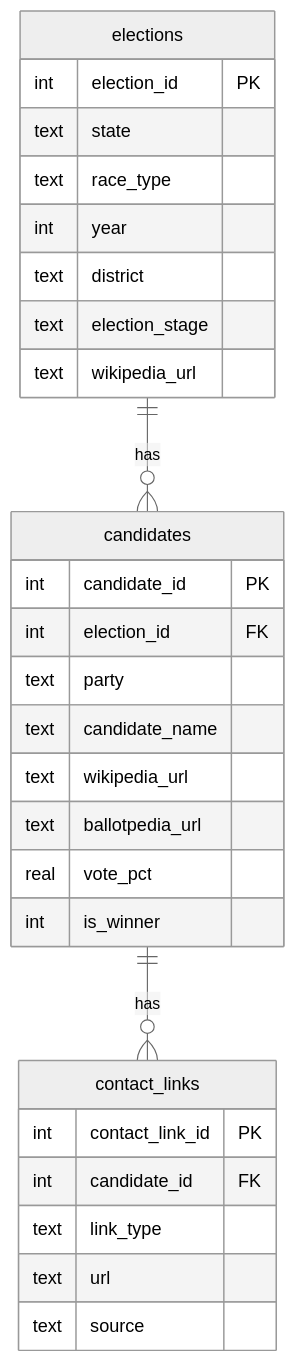
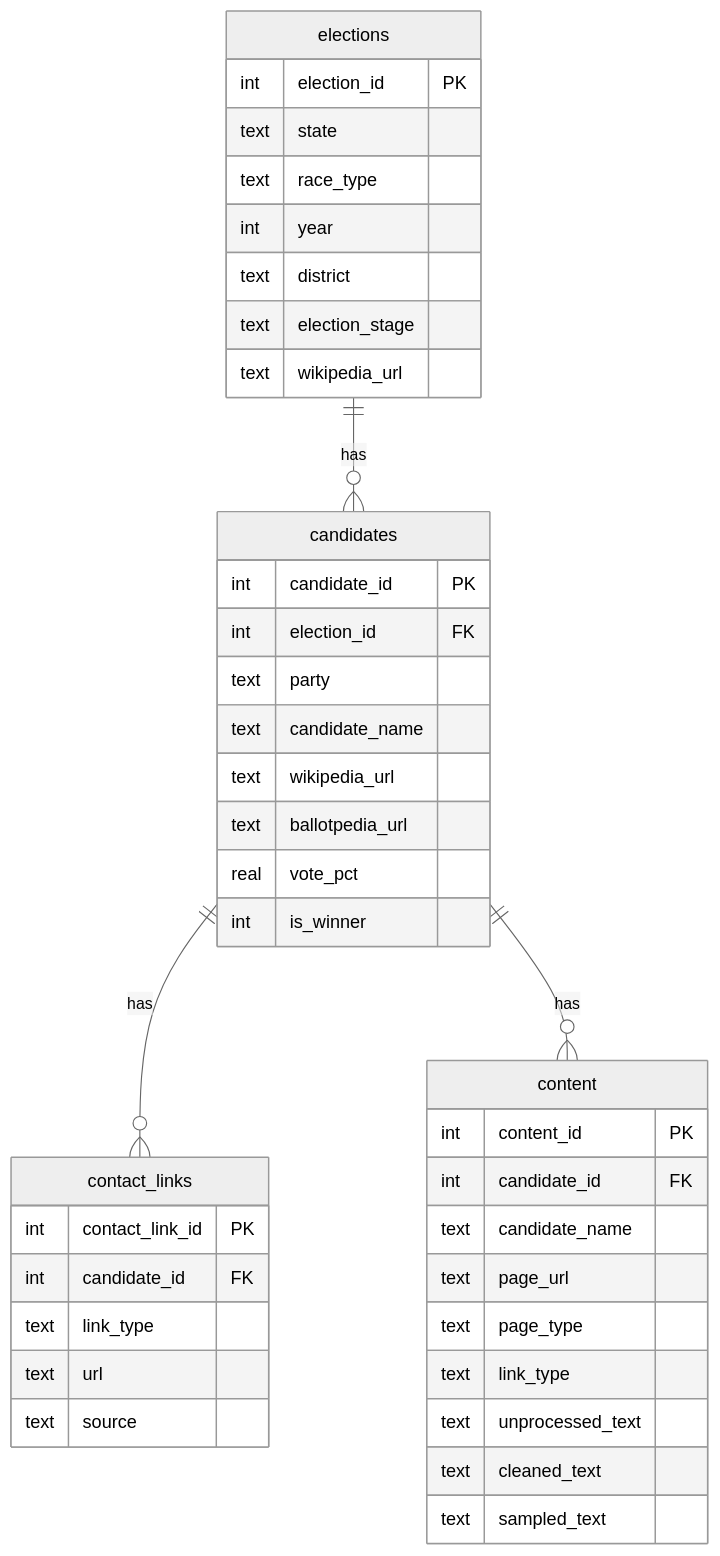
Before and after one commit to WeberLab-UW/campLinks: the diagram in README.md, drawn with Mermaid. The commit also changed other lines of this file and 35 other files, not shown here.

````diff
--- a/README.md
+++ b/README.md
@@ -7,38 +7,51 @@
 ```mermaid
 ---
 config:
   theme: neutral
 ---
 erDiagram
     elections ||--o{ candidates : has
     candidates ||--o{ contact_links : has
+    candidates ||--o{ content : has
 
     elections {
         int election_id PK
         text state
         text race_type
         int year
         text district
         text election_stage
         text wikipedia_url
     }
 
     candidates {
         int candidate_id PK
         int election_id FK
         text party
         text candidate_name
         text wikipedia_url
         text ballotpedia_url
         real vote_pct
         int is_winner
     }
 
     contact_links {
         int contact_link_id PK
         int candidate_id FK
         text link_type
         text url
         text source
     }
+
+    content {
+        int content_id PK
+        int candidate_id FK
+        text candidate_name
+        text page_url
+        text page_type
+        text link_type
+        text unprocessed_text
+        text cleaned_text
+        text sampled_text
+    }
 ```
````
